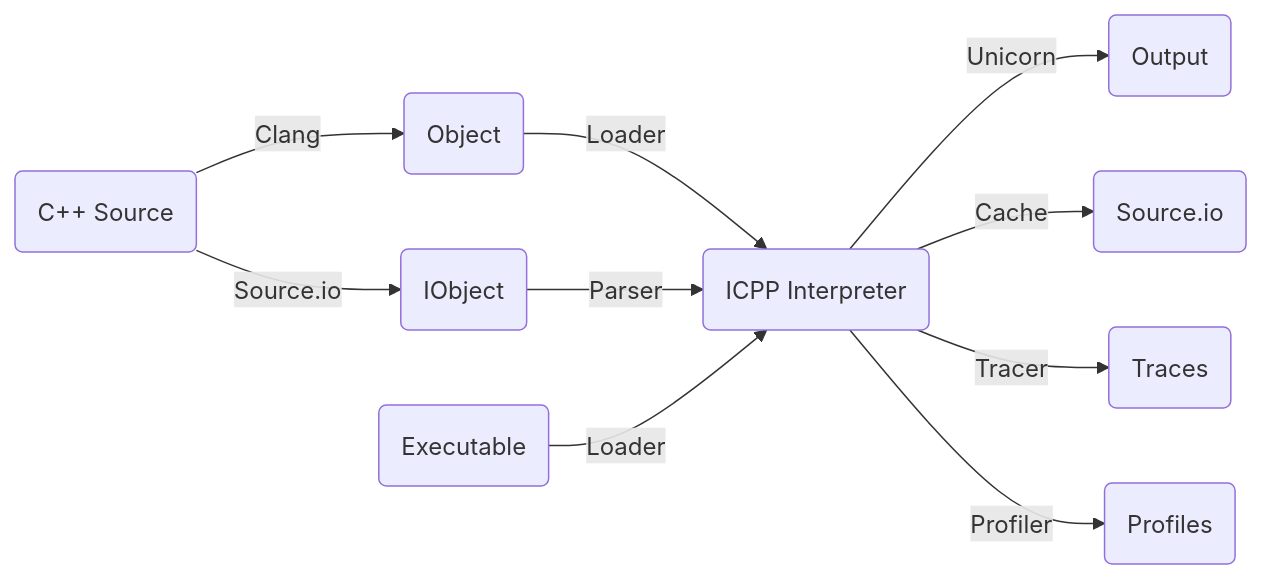
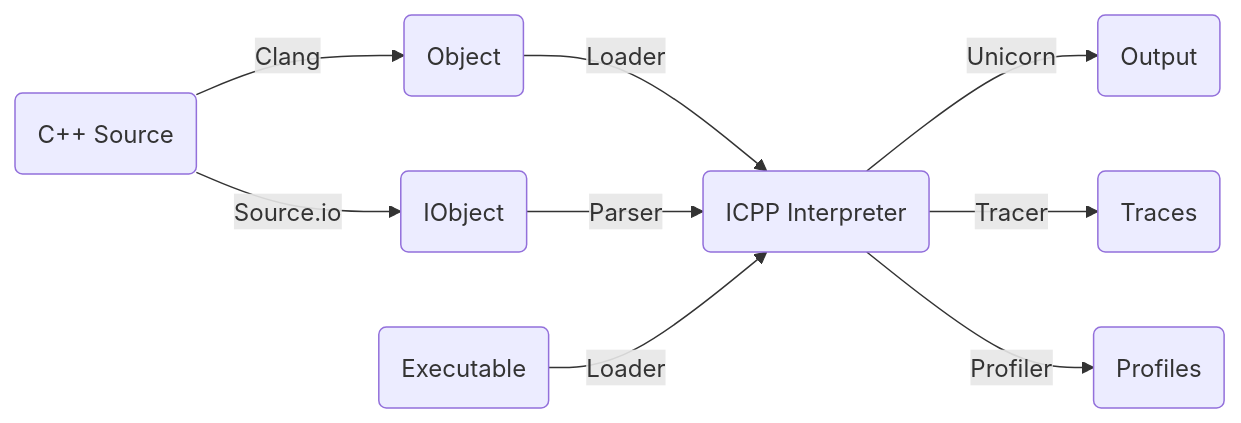
Before and after one commit to vpand/icpp: the first of 2 diagrams in README.md, drawn with Mermaid. The commit also changed other lines of this file and 1 other file, not shown here.

````diff
--- a/README.md
+++ b/README.md
@@ -27,12 +27,11 @@
 ```mermaid
 graph LR
     A(C++ Source) -- Clang --> B(Object)
     B -- Loader --> C(ICPP Interpreter)
     A(C++ Source) -- Source.io --> H(IObject)
     H(IObject) -- Parser --> C
     E(Executable) -- Loader --> C
     C -- Unicorn --> D(Output)
-    C -- Cache --> I(Source.io)
     C -- Tracer --> F(Traces)
     C -- Profiler --> G(Profiles)
 ```
````
